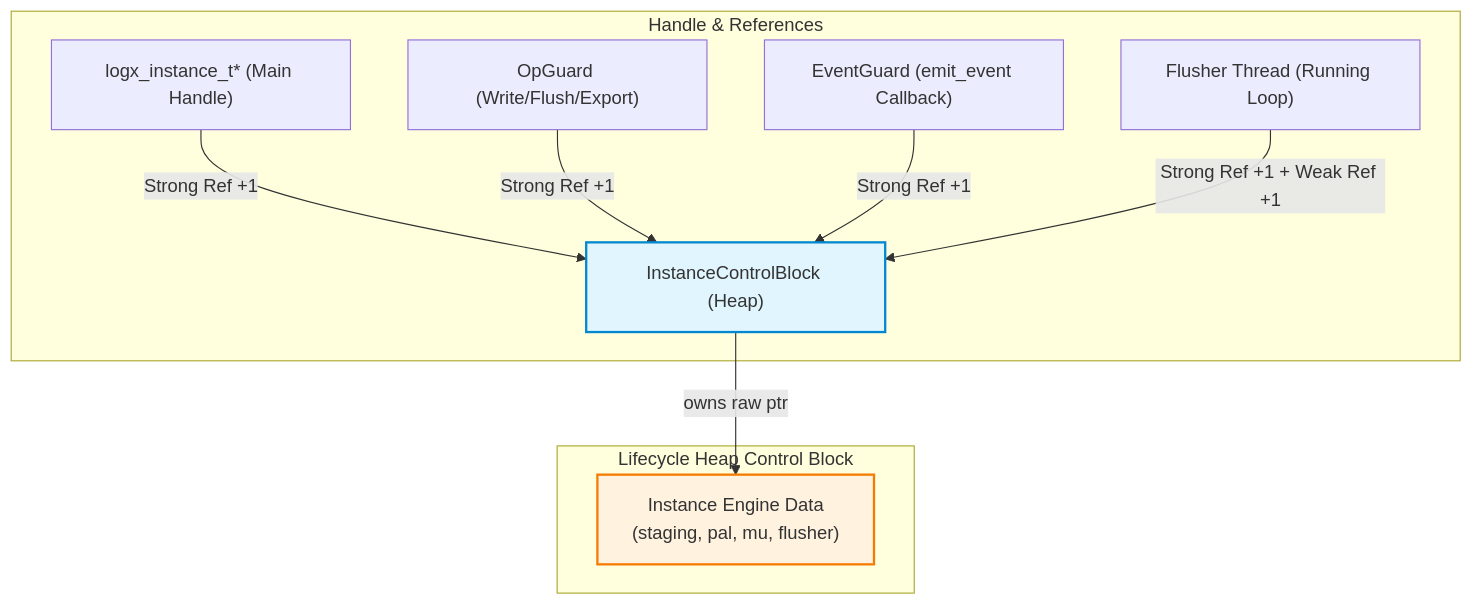
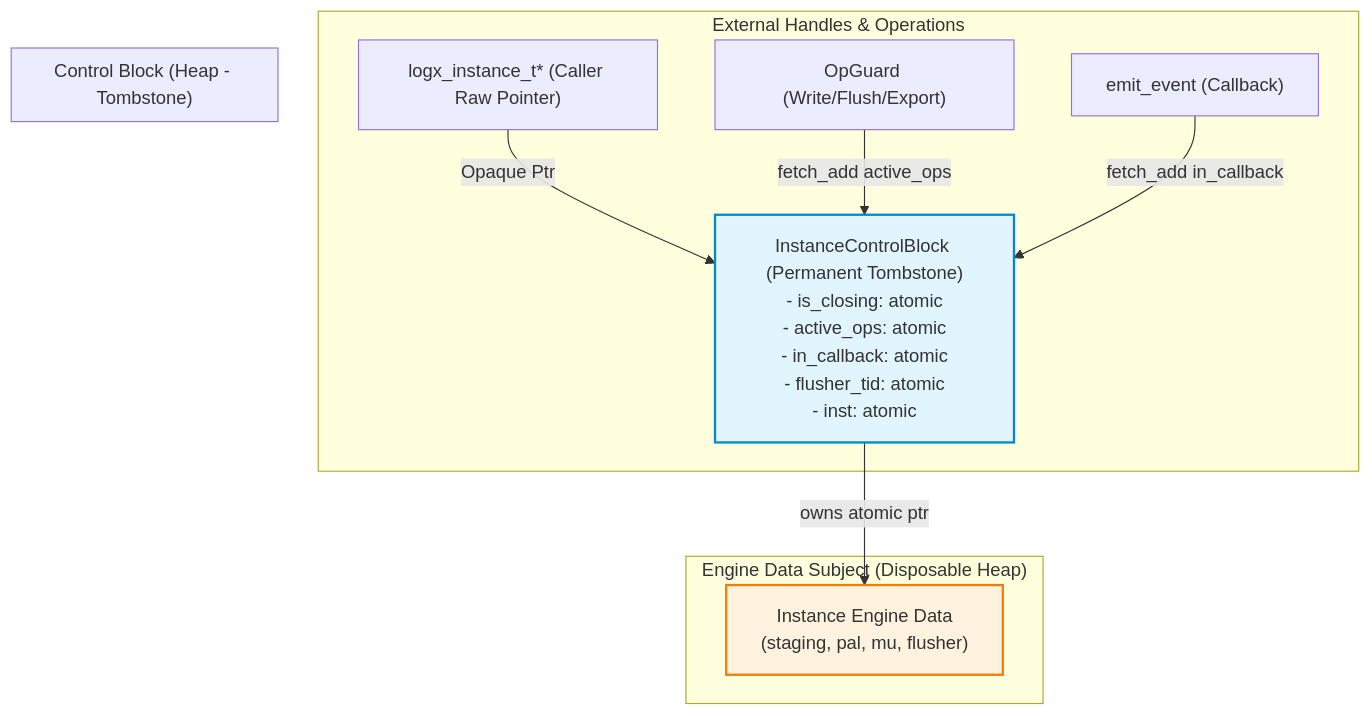
One commit to zzlfeng/LogX changed the first of 2 diagrams in docs/lifecycle_control_block_plan.md. Above: the diagram before and after it, drawn with Mermaid. The commit also changed other lines of this file and 17 other files, not shown here.

````diff
--- a/docs/lifecycle_control_block_plan.md
+++ b/docs/lifecycle_control_block_plan.md
@@ -35,17 +46,21 @@
 ```mermaid
 graph TD
-    subgraph "Handle & References"
-        H["logx_instance_t* (Main Handle)"] -->|Strong Ref +1| CB
-        OG["OpGuard (Write/Flush/Export)"] -->|Strong Ref +1| CB
-        EG["EventGuard (emit_event Callback)"] -->|Strong Ref +1| CB
-        FT["Flusher Thread (Running Loop)"] -->|Strong Ref +1 + Weak Ref +1| CB
+    subgraph "External Handles & Operations"
+        H["logx_instance_t* (Caller Raw Pointer)"] -->|Opaque Ptr| CB
+        OG["OpGuard (Write/Flush/Export)"] -->|fetch_add active_ops| CB
+        EG["emit_event (Callback)"] -->|fetch_add in_callback| CB
     end
 
-    subgraph "Lifecycle Heap Control Block"
-        CB["InstanceControlBlock (Heap)"]
-        CB -->|owns raw ptr| INST["Instance Engine Data<br/>(staging, pal, mu, flusher)"]
+    subgraph "Control Block (Heap - Tombstone)"
+        CB["InstanceControlBlock (Permanent Tombstone)<br/>- is_closing: atomic<bool><br/>- active_ops: atomic<int><br/>- in_callback: atomic<int><br/>- flusher_tid: atomic<uint64_t><br/>- inst: atomic<Instance*>"]
     end
+
+    subgraph "Engine Data Subject (Disposable Heap)"
+        INST["Instance Engine Data<br/>(staging, pal, mu, flusher)"]
+    end
+
+    CB -->|owns atomic ptr| INST
 
     style CB fill:#e1f5fe,stroke:#0288d1,stroke-width:2px
     style INST fill:#fff3e0,stroke:#f57c00,stroke-width:2px
 ```
````
